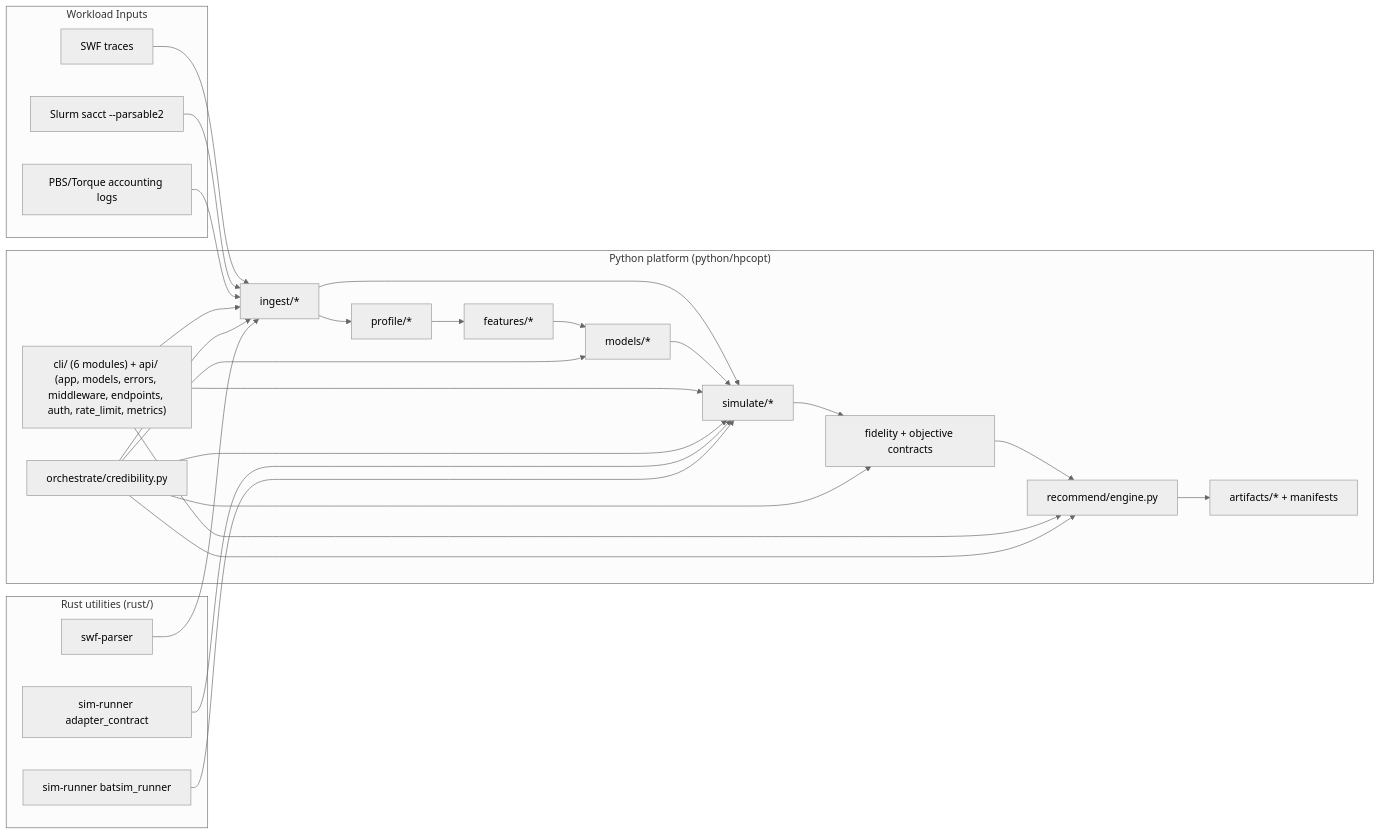
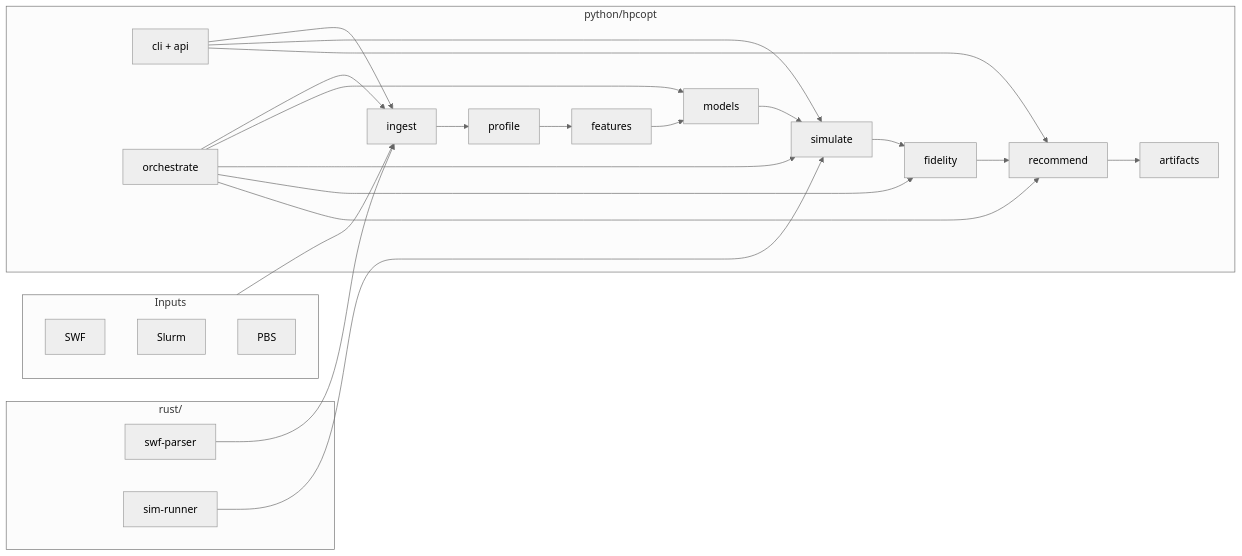
Before and after one commit to ErenAri/HCP-workload-optimizer: the first of 8 diagrams in README.md, drawn with Mermaid (neutral theme). The commit also changed other lines of this file and 7 other files, not shown here.

````diff
--- a/README.md
+++ b/README.md
@@ -155,45 +156,22 @@
 ```mermaid
 flowchart LR
-  subgraph Inputs["Workload Inputs"]
-    SWF["SWF traces"]
-    SLURM["Slurm sacct --parsable2"]
-    PBS["PBS/Torque accounting logs"]
+  subgraph Inputs
+    SWF[SWF] & SLURM[Slurm] & PBS[PBS]
   end
 
-  subgraph Py["Python platform (python/hpcopt)"]
-    ING["ingest/*"]
-    PROF["profile/*"]
-    FEAT["features/*"]
-    MOD["models/*"]
-    SIM["simulate/*"]
-    FID["fidelity + objective contracts"]
-    REC["recommend/engine.py"]
-    ART["artifacts/* + manifests"]
-    IFACE["cli/ (6 modules) + api/ (app, models, errors, middleware, endpoints, auth, rate_limit, metrics)"]
-    ORCH["orchestrate/credibility.py"]
+  subgraph Python["python/hpcopt"]
+    ING[ingest] --> PROF[profile] --> FEAT[features] --> MOD[models]
+    SIM[simulate] --> FID[fidelity] --> REC[recommend] --> ART[artifacts]
+    CLI[cli + api] --> ING & SIM & REC
+    ORCH[orchestrate] --> ING & MOD & SIM & FID & REC
   end
 
-  subgraph Rs["Rust utilities (rust/)"]
-    RSWF["swf-parser"]
-    RADAPT["sim-runner adapter_contract"]
-    RBAT["sim-runner batsim_runner"]
+  subgraph Rust["rust/"]
+    RSWF[swf-parser] & RSIM[sim-runner]
   end
 
-  SWF --> ING
-  SLURM --> ING
-  PBS --> ING
-  ING --> PROF --> FEAT --> MOD
-  ING --> SIM
-  MOD --> SIM --> FID --> REC --> ART
-  IFACE --> ING
-  IFACE --> SIM
-  IFACE --> REC
-  ORCH --> ING
-  ORCH --> MOD
-  ORCH --> SIM
-  ORCH --> FID
-  ORCH --> REC
+  Inputs --> ING
+  MOD --> SIM
   RSWF --> ING
-  RADAPT --> SIM
-  RBAT --> SIM
+  RSIM --> SIM
 ```
````
